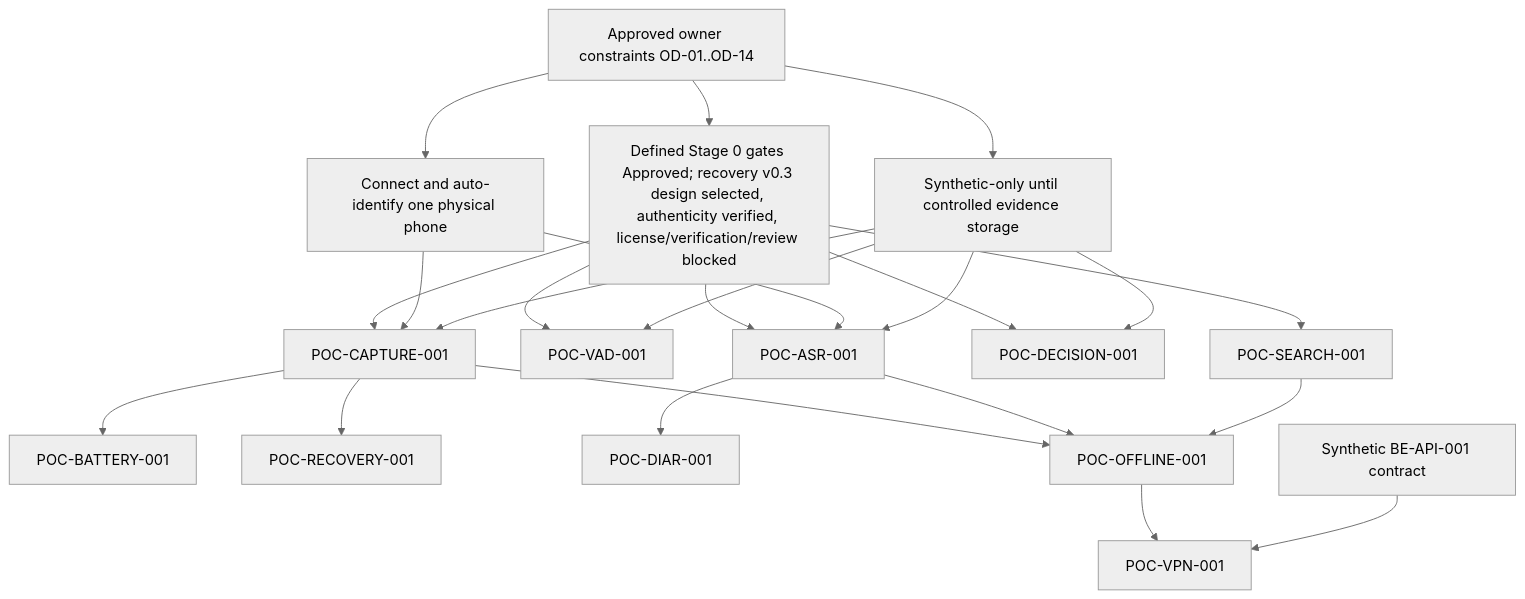
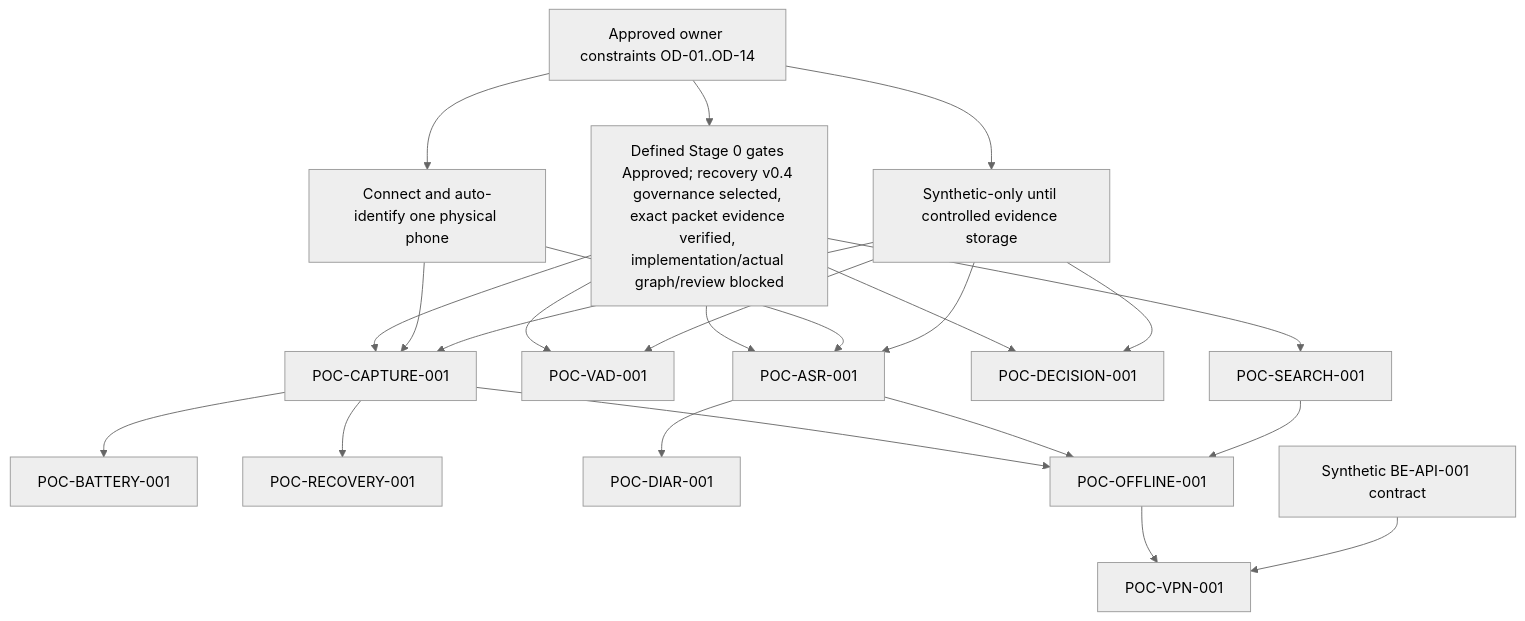
Before and after one commit to Monumentogram/DORA: the diagram in docs/stage0/DORA_MVP1_POC_EXECUTION_ORDER.md, drawn with Mermaid (neutral theme). The commit also changed other lines of this file and 36 other files, not shown here.

Commit message:
docs(stage0): remediate recovery advisory findings v0.4

````diff
--- a/docs/stage0/DORA_MVP1_POC_EXECUTION_ORDER.md
+++ b/docs/stage0/DORA_MVP1_POC_EXECUTION_ORDER.md
@@ -34,25 +34,25 @@
 ```mermaid
 flowchart TD
-    O["Approved owner constraints OD-01..OD-14"] --> G["Defined Stage 0 gates Approved; recovery v0.3 design selected, authenticity verified, license/verification/review blocked"]
+    O["Approved owner constraints OD-01..OD-14"] --> G["Defined Stage 0 gates Approved; recovery v0.4 governance selected, exact packet evidence verified, implementation/actual graph/review blocked"]
     O --> D["Connect and auto-identify one physical phone"]
     O --> C["Synthetic-only until controlled evidence storage"]
     G --> CAP["POC-CAPTURE-001"]
     D --> CAP
     C --> CAP
     CAP --> BAT["POC-BATTERY-001"]
     CAP --> REC["POC-RECOVERY-001"]
     G --> VAD["POC-VAD-001"]
     C --> VAD
     G --> ASR["POC-ASR-001"]
     D --> ASR
     C --> ASR
     ASR --> DIAR["POC-DIAR-001"]
     G --> DEC["POC-DECISION-001"]
     C --> DEC
     G --> SEARCH["POC-SEARCH-001"]
     CAP --> OFF["POC-OFFLINE-001"]
     ASR --> OFF
     SEARCH --> OFF
     OFF --> VPN["POC-VPN-001"]
     API["Synthetic BE-API-001 contract"] --> VPN
 ```
````
